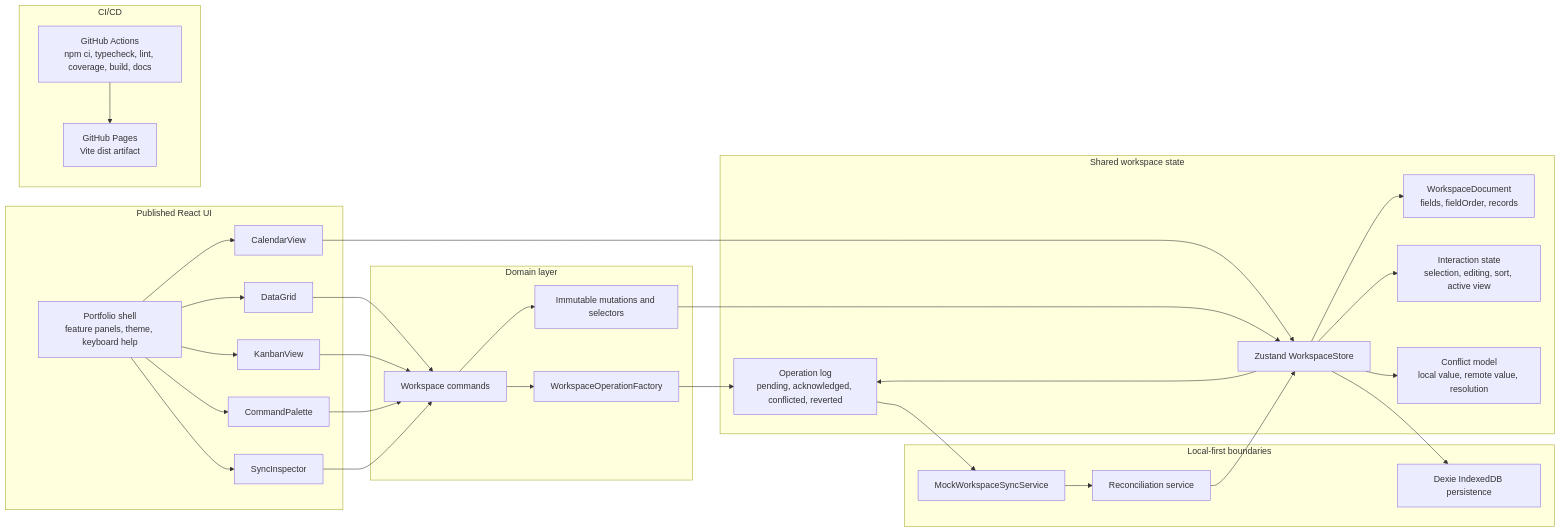
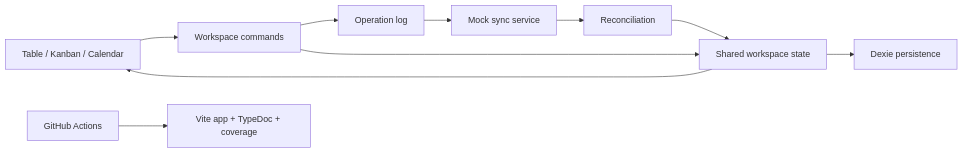
Before and after one commit to DanieleMasone/enterprise-data-workbench: the diagram in README.md, drawn with Mermaid. The commit also changed other lines of this file and 8 other files, not shown here.

````diff
--- a/README.md
+++ b/README.md
@@ -36,60 +37,12 @@
 ```mermaid
 flowchart LR
-  subgraph UI["Published React UI"]
-    Shell["Portfolio shell\nfeature panels, theme, keyboard help"]
-    Grid["DataGrid"]
-    Kanban["KanbanView"]
-    Calendar["CalendarView"]
-    Palette["CommandPalette"]
-    Inspector["SyncInspector"]
-  end
-
-  subgraph State["Shared workspace state"]
-    Store["Zustand WorkspaceStore"]
-    Document["WorkspaceDocument\nfields, fieldOrder, records"]
-    Interaction["Interaction state\nselection, editing, sort, active view"]
-    Operations["Operation log\npending, acknowledged, conflicted, reverted"]
-    Conflicts["Conflict model\nlocal value, remote value, resolution"]
-  end
-
-  subgraph Domain["Domain layer"]
-    Commands["Workspace commands"]
-    Factory["WorkspaceOperationFactory"]
-    Mutations["Immutable mutations and selectors"]
-  end
-
-  subgraph Boundaries["Local-first boundaries"]
-    Persistence["Dexie IndexedDB persistence"]
-    Sync["MockWorkspaceSyncService"]
-    Reconcile["Reconciliation service"]
-  end
-
-  subgraph Delivery["CI/CD"]
-    Actions["GitHub Actions\nnpm ci, typecheck, lint, coverage, build, docs"]
-    Pages["GitHub Pages\nVite dist artifact"]
-  end
-
-  Shell --> Grid
-  Shell --> Kanban
-  Shell --> Calendar
-  Shell --> Palette
-  Shell --> Inspector
-  Grid --> Commands
-  Kanban --> Commands
-  Calendar --> Store
-  Palette --> Commands
-  Inspector --> Commands
-  Commands --> Factory
-  Factory --> Operations
-  Commands --> Mutations
-  Mutations --> Store
-  Store --> Document
-  Store --> Interaction
-  Store --> Operations
-  Store --> Conflicts
-  Store --> Persistence
-  Operations --> Sync
-  Sync --> Reconcile
+  Views["Table / Kanban / Calendar"] --> Commands["Workspace commands"]
+  Commands --> Operations["Operation log"]
+  Commands --> Store["Shared workspace state"]
+  Store --> Views
+  Store --> Persistence["Dexie persistence"]
+  Operations --> Sync["Mock sync service"]
+  Sync --> Reconcile["Reconciliation"]
   Reconcile --> Store
-  Actions --> Pages
+  CI["GitHub Actions"] --> Pages["Vite app + TypeDoc + coverage"]
 ```
````
